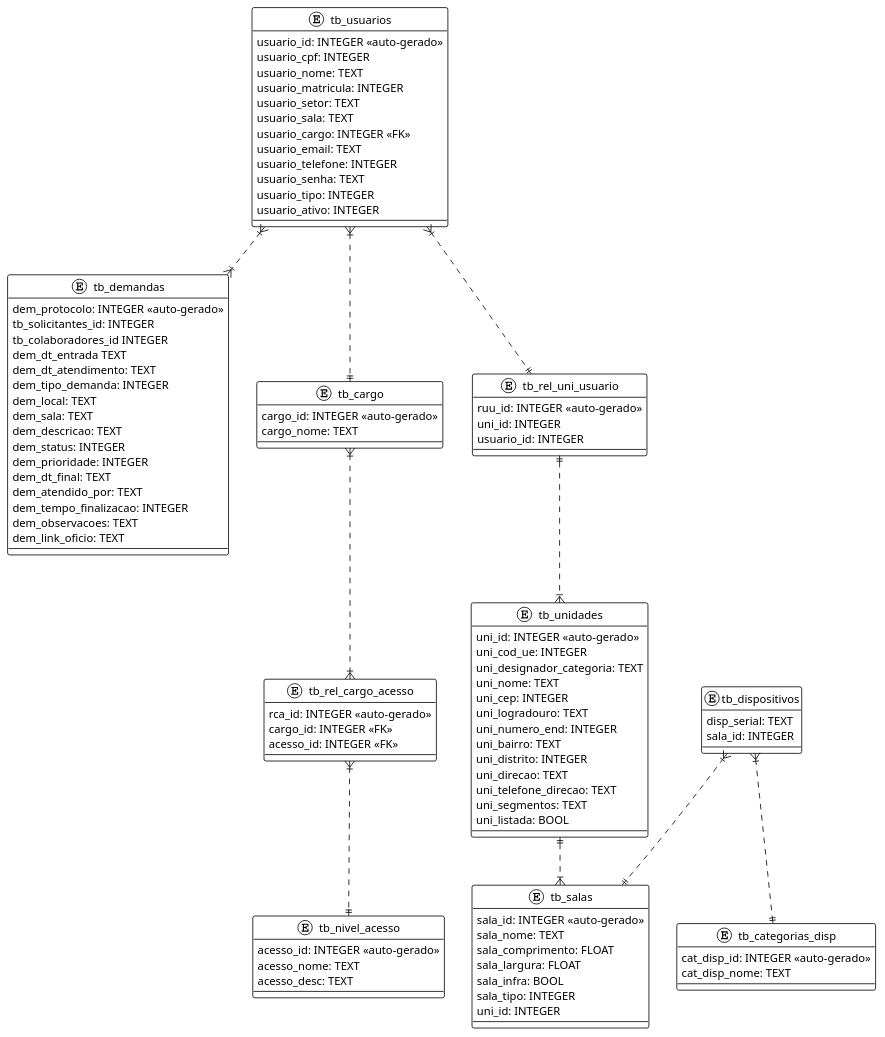
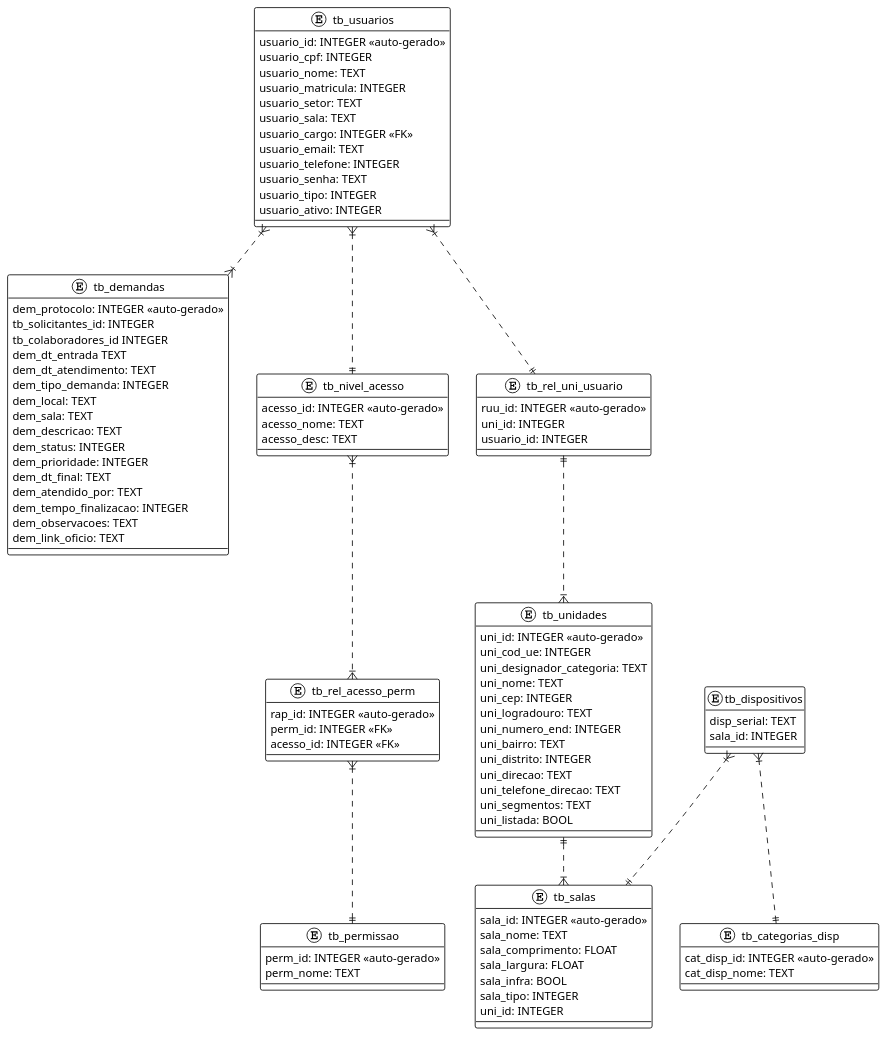
The diagram in docs/projeto/diagrama_er.puml (sistemainternosmecict/sistec), drawn with PlantUML before and after one commit. The commit also changed 14 other files, not shown here.

```diff
--- a/docs/projeto/diagrama_er.puml
+++ b/docs/projeto/diagrama_er.puml
@@ -1,107 +1,105 @@
-@startuml testando
+@startuml
 !theme plain
 entity "tb_usuarios" as tb1 {
 usuario_id: INTEGER <<auto-gerado>>
 usuario_cpf: INTEGER
 usuario_nome: TEXT
 usuario_matricula: INTEGER
 usuario_setor: TEXT
 usuario_sala: TEXT
 usuario_cargo: INTEGER <<FK>>
 usuario_email: TEXT
 usuario_telefone: INTEGER
 usuario_senha: TEXT
 usuario_tipo: INTEGER
 usuario_ativo: INTEGER
 }
 
 entity "tb_demandas" as tb2 {
 dem_protocolo: INTEGER <<auto-gerado>>
 tb_solicitantes_id: INTEGER
 tb_colaboradores_id INTEGER
 dem_dt_entrada TEXT
 dem_dt_atendimento: TEXT
 dem_tipo_demanda: INTEGER
 dem_local: TEXT
 dem_sala: TEXT
 dem_descricao: TEXT
 dem_status: INTEGER
 dem_prioridade: INTEGER
 dem_dt_final: TEXT
 dem_atendido_por: TEXT
 dem_tempo_finalizacao: INTEGER
 dem_observacoes: TEXT
 dem_link_oficio: TEXT
 }
 
 entity "tb_unidades" as tb3 {
 uni_id: INTEGER <<auto-gerado>>
 uni_cod_ue: INTEGER
 uni_designador_categoria: TEXT
 uni_nome: TEXT
 uni_cep: INTEGER
 uni_logradouro: TEXT
 uni_numero_end: INTEGER
 uni_bairro: TEXT
 uni_distrito: INTEGER
 uni_direcao: TEXT
 uni_telefone_direcao: TEXT
 uni_segmentos: TEXT
 uni_listada: BOOL
 }
 
 entity "tb_salas" as tb4 {
 sala_id: INTEGER <<auto-gerado>>
 sala_nome: TEXT
 sala_comprimento: FLOAT
 sala_largura: FLOAT
 sala_infra: BOOL
 sala_tipo: INTEGER
 uni_id: INTEGER
 }
 
 entity "tb_dispositivos" as tb5 {
 disp_serial: TEXT 
 sala_id: INTEGER
 }
 
-entity "tb_cargo" as tb7 {
-cargo_id: INTEGER <<auto-gerado>>
-cargo_nome: TEXT
-}
-
-entity "tb_nivel_acesso" as tb8 {
+entity "tb_nivel_acesso" as tb7 {
 acesso_id: INTEGER <<auto-gerado>>
 acesso_nome: TEXT
 acesso_desc: TEXT
 }
 
-entity "tb_rel_cargo_acesso" as tb9 {
-rca_id: INTEGER <<auto-gerado>>
-cargo_id: INTEGER <<FK>>
+entity "tb_permissao" as tb8 {
+perm_id: INTEGER <<auto-gerado>>
+perm_nome: TEXT
+}
+
+entity "tb_rel_acesso_perm" as tb9 {
+rap_id: INTEGER <<auto-gerado>>
+perm_id: INTEGER <<FK>>
 acesso_id: INTEGER <<FK>>
 }
 
 entity "tb_categorias_disp" as tb10 {
 cat_disp_id: INTEGER <<auto-gerado>>
 cat_disp_nome: TEXT
 }
 
 entity "tb_rel_uni_usuario" as tb11 {
 ruu_id: INTEGER <<auto-gerado>>
 uni_id: INTEGER
 usuario_id: INTEGER
 }
 
 tb1 }|..|| tb7
 tb7 }|..|{ tb9
 tb9 }|..|| tb8
 tb3 ||..|{ tb4
 tb5 }|..|| tb10
 tb1 }|..|{ tb2
 tb5 }|..|| tb4
 tb11 ||..|{ tb3
 tb1 }|..|| tb11
-
-
 @enduml
```
